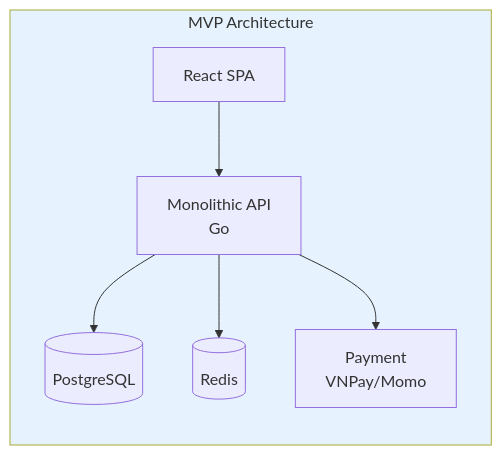
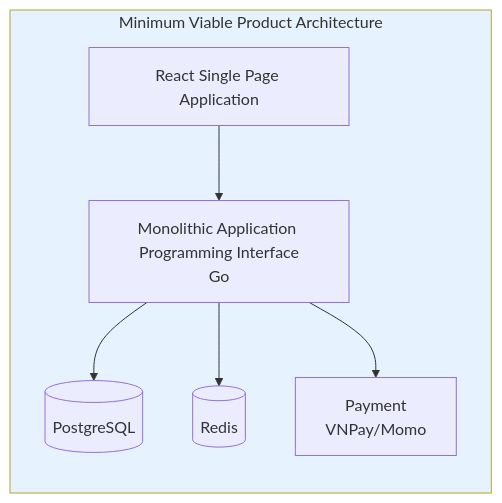
Diagram 16 of 23 in So_tay_SA_VN.md (chungminhtu/S--tay-SA--Solution-Architect-), drawn with Mermaid before and after one commit. The commit also changed other lines of this file, not shown here.

````diff
--- a/So_tay_SA_VN.md
+++ b/So_tay_SA_VN.md
@@ -1927,10 +1927,10 @@
 ```mermaid
 flowchart LR
-    subgraph MVP["MVP Architecture"]
-        FE[React SPA] --> API[Monolithic API<br/>Go]
+    subgraph MVP["Minimum Viable Product Architecture"]
+        FE[React Single Page Application] --> API[Monolithic Application Programming Interface<br/>Go]
         API --> DB[(PostgreSQL)]
         API --> Cache[(Redis)]
         API --> Pay[Payment<br/>VNPay/Momo]
     end
     style MVP fill:#e6f3ff
 ```
````
